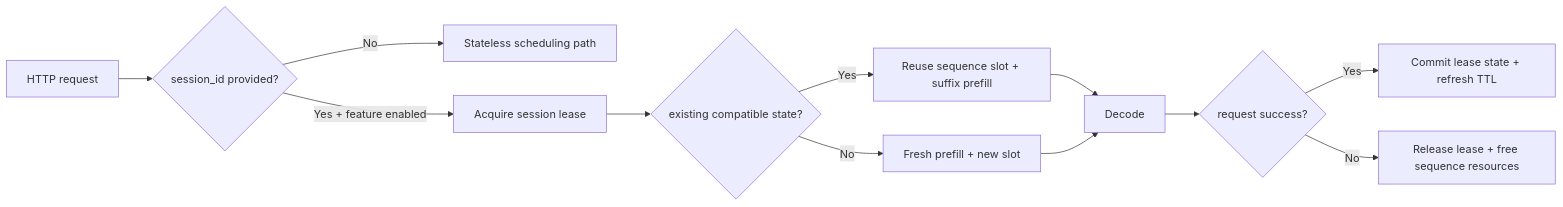
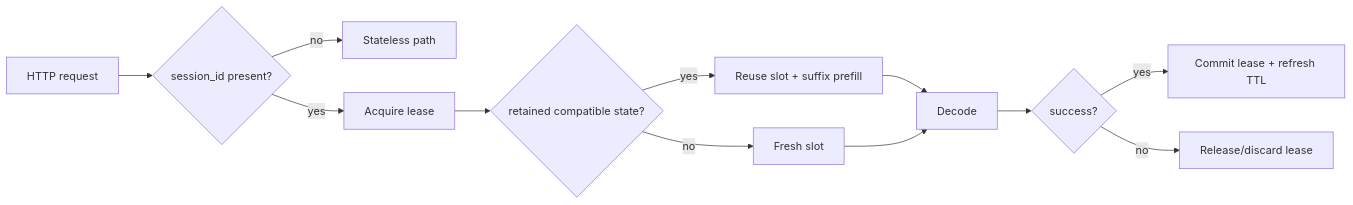
Before and after one commit to vjsingh1984/inferflux: the diagram in docs/design/SESSION_HANDLE_LAYER_PHASE1.md, drawn with Mermaid. The commit also changed other lines of this file and 6 other files, not shown here.

````diff
--- a/docs/design/SESSION_HANDLE_LAYER_PHASE1.md
+++ b/docs/design/SESSION_HANDLE_LAYER_PHASE1.md
@@ -16,14 +19,14 @@
 ```mermaid
 flowchart LR
-    A[HTTP request] --> B{session_id provided?}
-    B -->|No| C[Stateless scheduling path]
-    B -->|Yes + feature enabled| D[Acquire session lease]
-    D --> E{existing compatible state?}
-    E -->|Yes| F[Reuse sequence slot + suffix prefill]
-    E -->|No| G[Fresh prefill + new slot]
+    A[HTTP request] --> B{session_id present?}
+    B -->|no| C[Stateless path]
+    B -->|yes| D[Acquire lease]
+    D --> E{retained compatible state?}
+    E -->|yes| F[Reuse slot + suffix prefill]
+    E -->|no| G[Fresh slot]
     F --> H[Decode]
     G --> H
-    H --> I{request success?}
-    I -->|Yes| J[Commit lease state + refresh TTL]
-    I -->|No| K[Release lease + free sequence resources]
+    H --> I{success?}
+    I -->|yes| J[Commit lease + refresh TTL]
+    I -->|no| K[Release/discard lease]
 ```
````
